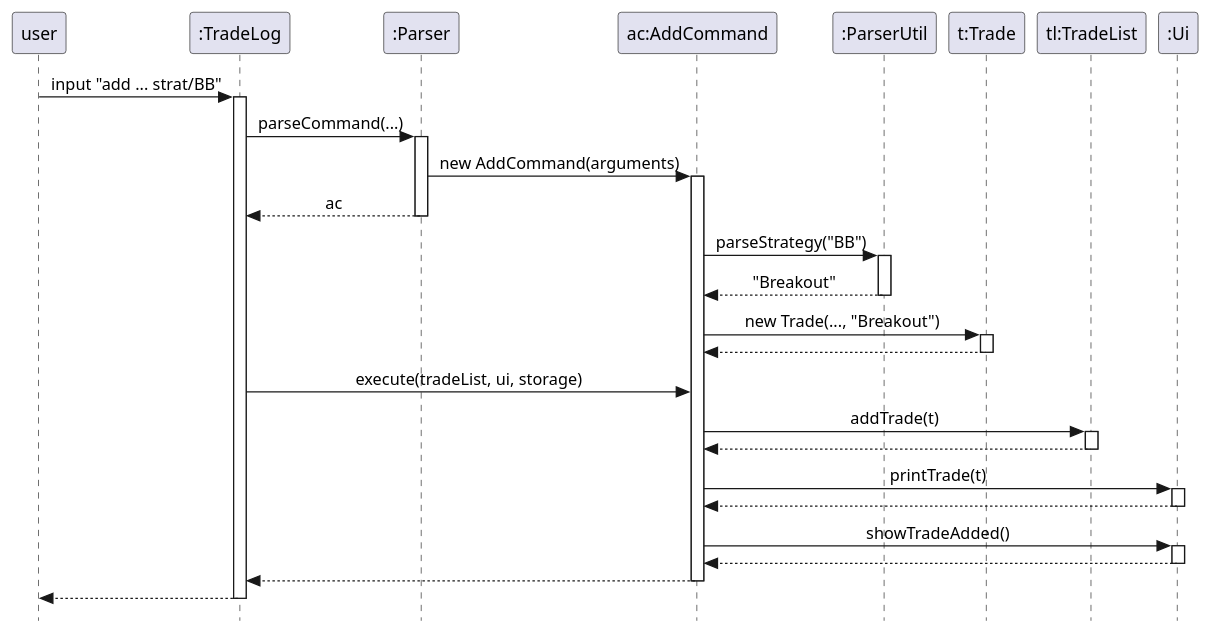
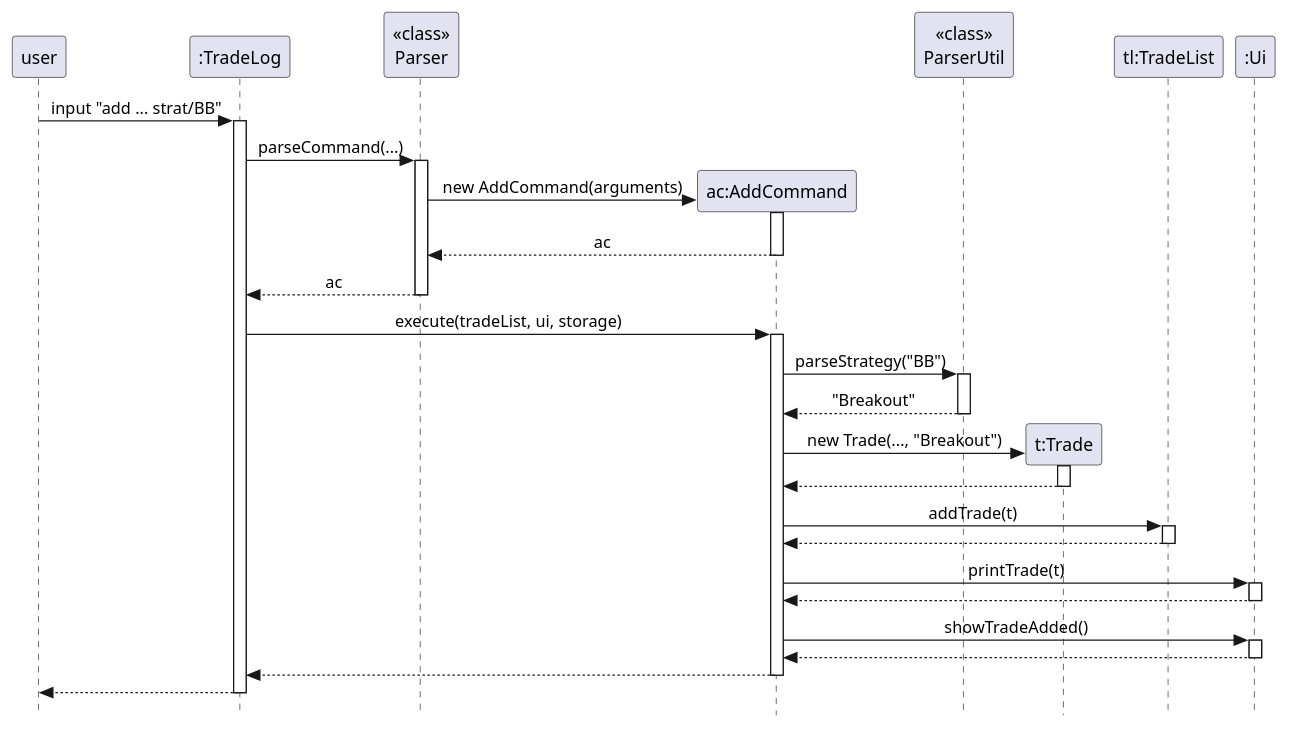
Before and after one commit to AY2526S2-CS2113-T11-2/tp: the diagram in docs/diagrams/strategy-shortcut-add-sequence.puml, drawn with PlantUML. The commit also changed 9 other files, not shown here.

```diff
--- a/docs/diagrams/strategy-shortcut-add-sequence.puml
+++ b/docs/diagrams/strategy-shortcut-add-sequence.puml
@@ -1,52 +1,58 @@
 @startuml
 hide footbox
 skinparam Style strictuml
 skinparam SequenceMessageAlign center
 
 participant "user" as User
 participant ":TradeLog" as TradeLog
-participant ":Parser" as Parser
+participant "<<class>>\nParser" as Parser
 participant "ac:AddCommand" as AddCommand
-participant ":ParserUtil" as ParserUtil
+participant "<<class>>\nParserUtil" as ParserUtil
 participant "t:Trade" as Trade
 participant "tl:TradeList" as TradeList
 participant ":Ui" as Ui
 
 User -> TradeLog : input "add ... strat/BB"
 activate TradeLog
 
 TradeLog -> Parser : parseCommand(...)
 activate Parser
+create AddCommand
 Parser -> AddCommand : new AddCommand(arguments)
 activate AddCommand
+AddCommand --> Parser : ac
+deactivate AddCommand
 Parser --> TradeLog : ac
 deactivate Parser
+
+TradeLog -> AddCommand : execute(tradeList, ui, storage)
+activate AddCommand
 
 AddCommand -> ParserUtil : parseStrategy("BB")
 activate ParserUtil
 ParserUtil --> AddCommand : "Breakout"
 deactivate ParserUtil
 
+create Trade
 AddCommand -> Trade : new Trade(..., "Breakout")
 activate Trade
 Trade --> AddCommand
 deactivate Trade
 
-TradeLog -> AddCommand : execute(tradeList, ui, storage)
 AddCommand -> TradeList : addTrade(t)
 activate TradeList
 TradeList --> AddCommand
 deactivate TradeList
 AddCommand -> Ui : printTrade(t)
 activate Ui
 Ui --> AddCommand
 deactivate Ui
 AddCommand -> Ui : showTradeAdded()
 activate Ui
 Ui --> AddCommand
 deactivate Ui
 AddCommand --> TradeLog
 deactivate AddCommand
 TradeLog --> User
 deactivate TradeLog
 @enduml
```
